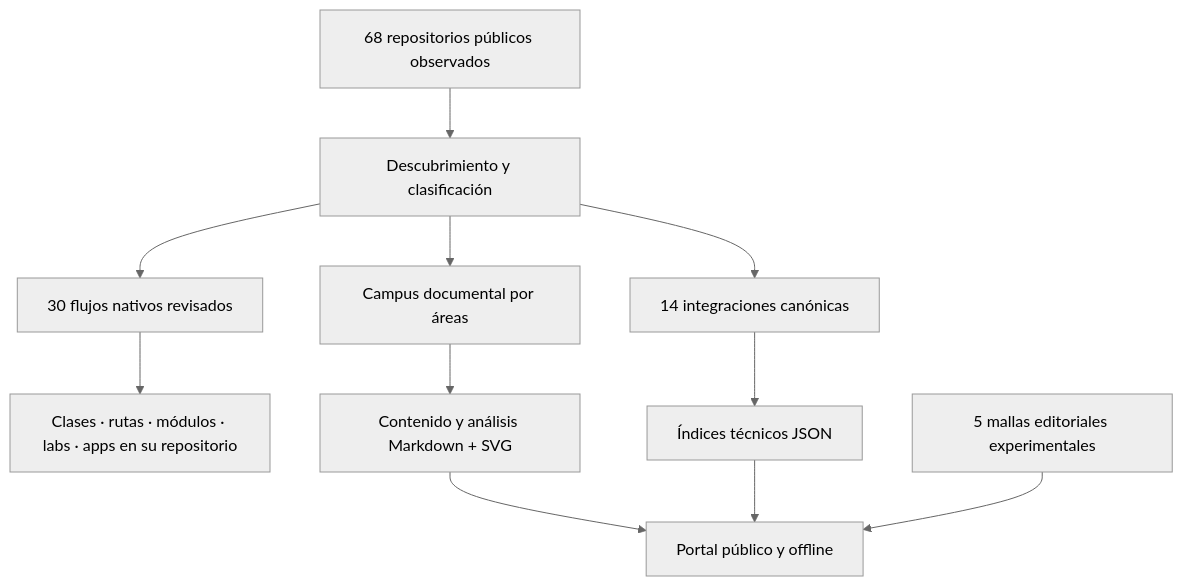
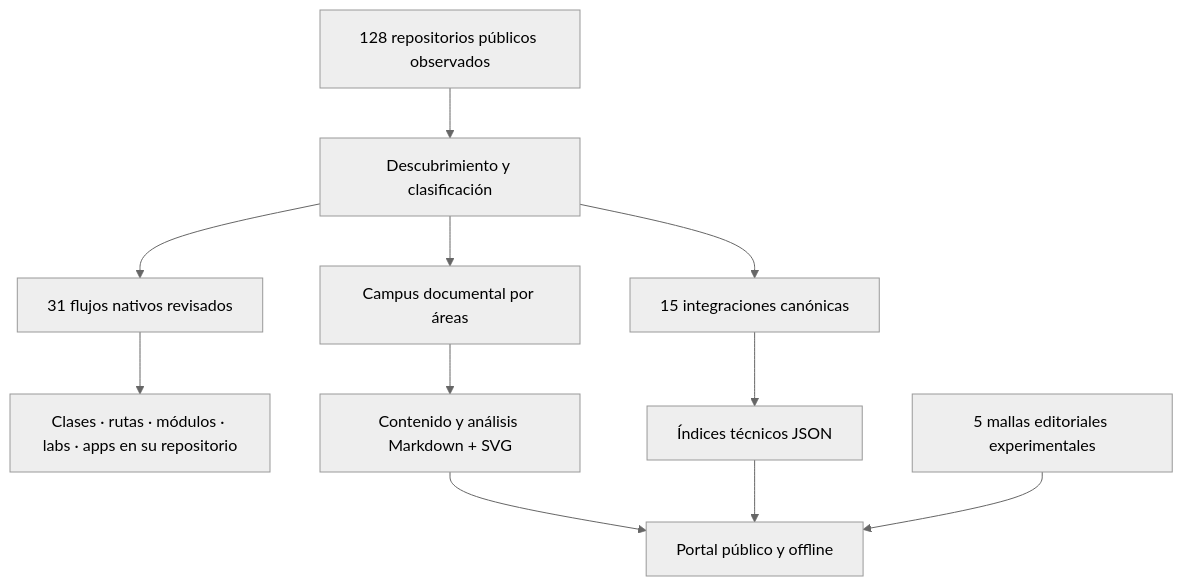
One commit to vladimiracunadev-create/lifelong-learning-ecosystem changed the diagram in docs/LEARNING_SYSTEM.md. Above: the diagram before and after it, drawn with Mermaid (neutral theme). The commit also changed other lines of this file and 47 other files, not shown here.

````diff
--- a/docs/LEARNING_SYSTEM.md
+++ b/docs/LEARNING_SYSTEM.md
@@ -41,13 +41,13 @@
 ```mermaid
 flowchart TB
-    GH[68 repositorios públicos observados] --> DISC[Descubrimiento y clasificación]
+    GH[128 repositorios públicos observados] --> DISC[Descubrimiento y clasificación]
     DISC --> CAMPUS[Campus documental por áreas]
-    DISC --> FLOWS[30 flujos nativos revisados]
-    DISC --> CANON[14 integraciones canónicas]
+    DISC --> FLOWS[31 flujos nativos revisados]
+    DISC --> CANON[15 integraciones canónicas]
     FLOWS --> SOURCE[Clases · rutas · módulos · labs · apps en su repositorio]
     CANON --> INDEX[Índices técnicos JSON]
     CAMPUS --> MD[Contenido y análisis Markdown + SVG]
     MD --> PORTAL[Portal público y offline]
     INDEX --> PORTAL
     EXP[5 mallas editoriales experimentales] --> PORTAL
 ```
````
